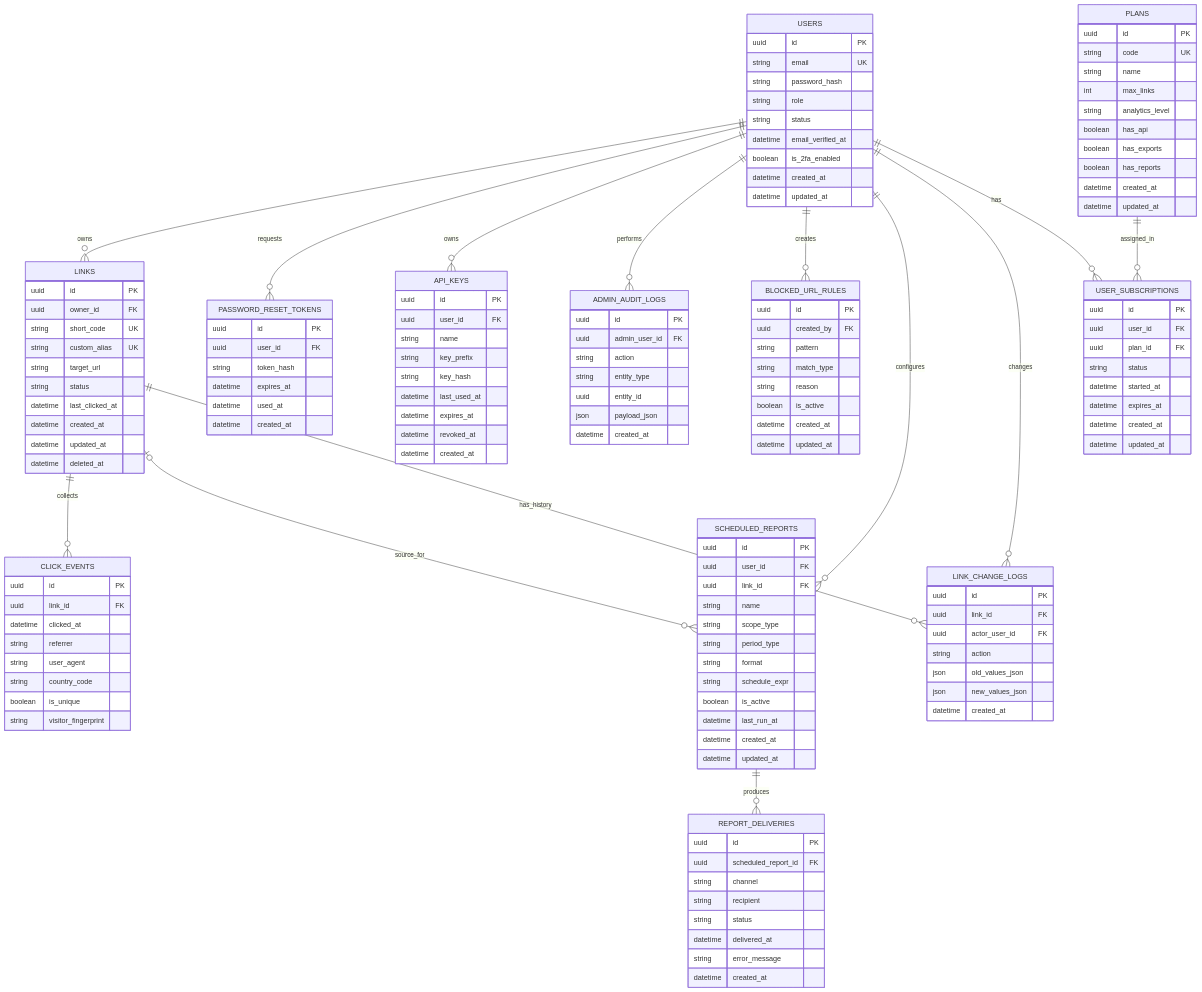
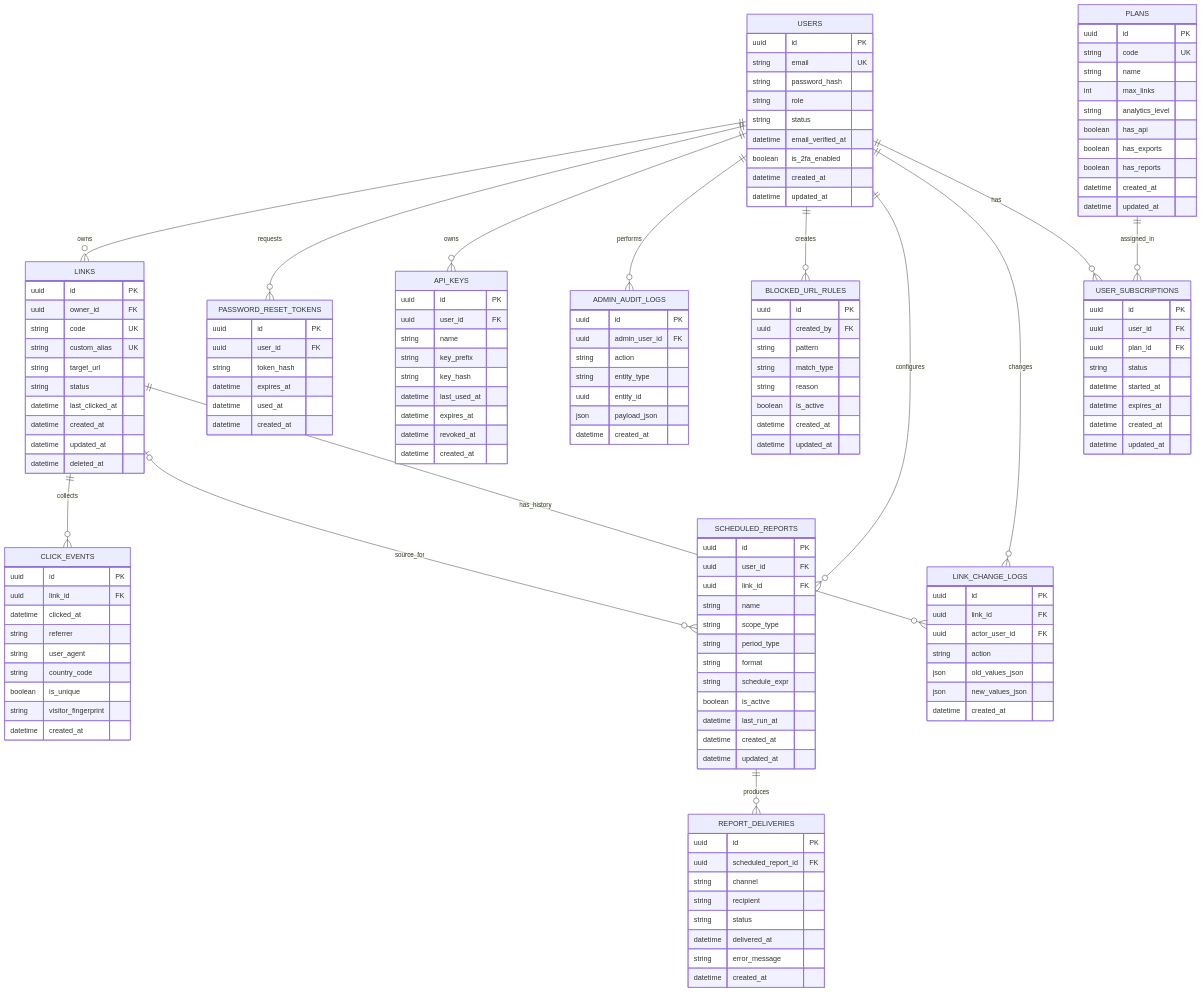
Before and after one commit to k3llone/TrackLink: the first of 2 diagrams in docs/er-diagram.md, drawn with Mermaid. The commit also changed other lines of this file and 8 other files, not shown here.

```diff
--- a/docs/er-diagram.md
+++ b/docs/er-diagram.md
@@ -17,7 +17,7 @@
     LINKS {
         uuid id PK
         uuid owner_id FK
-        string short_code UK
+        string code UK
         string custom_alias UK
         string target_url
         string status
@@ -36,6 +36,7 @@
         string country_code
         boolean is_unique
         string visitor_fingerprint
+        datetime created_at
     }
 
     PASSWORD_RESET_TOKENS {
```
